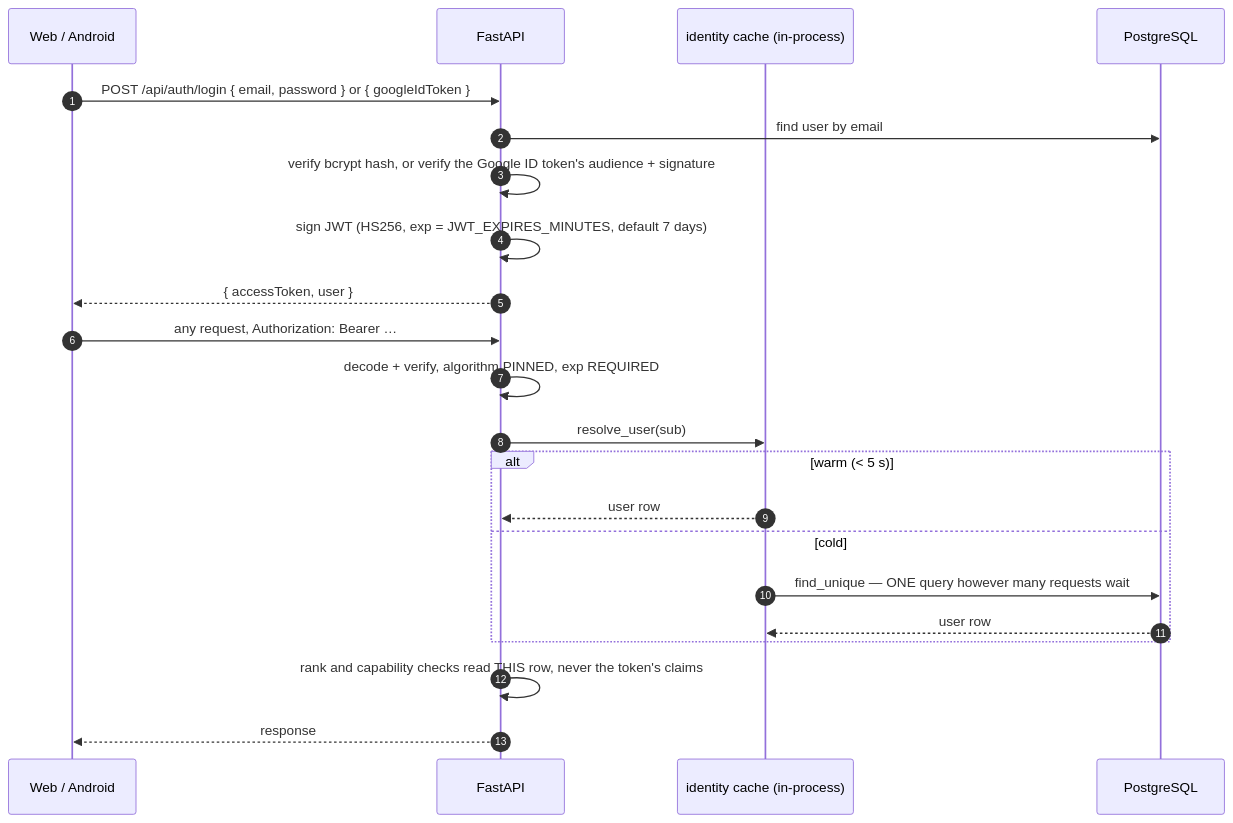
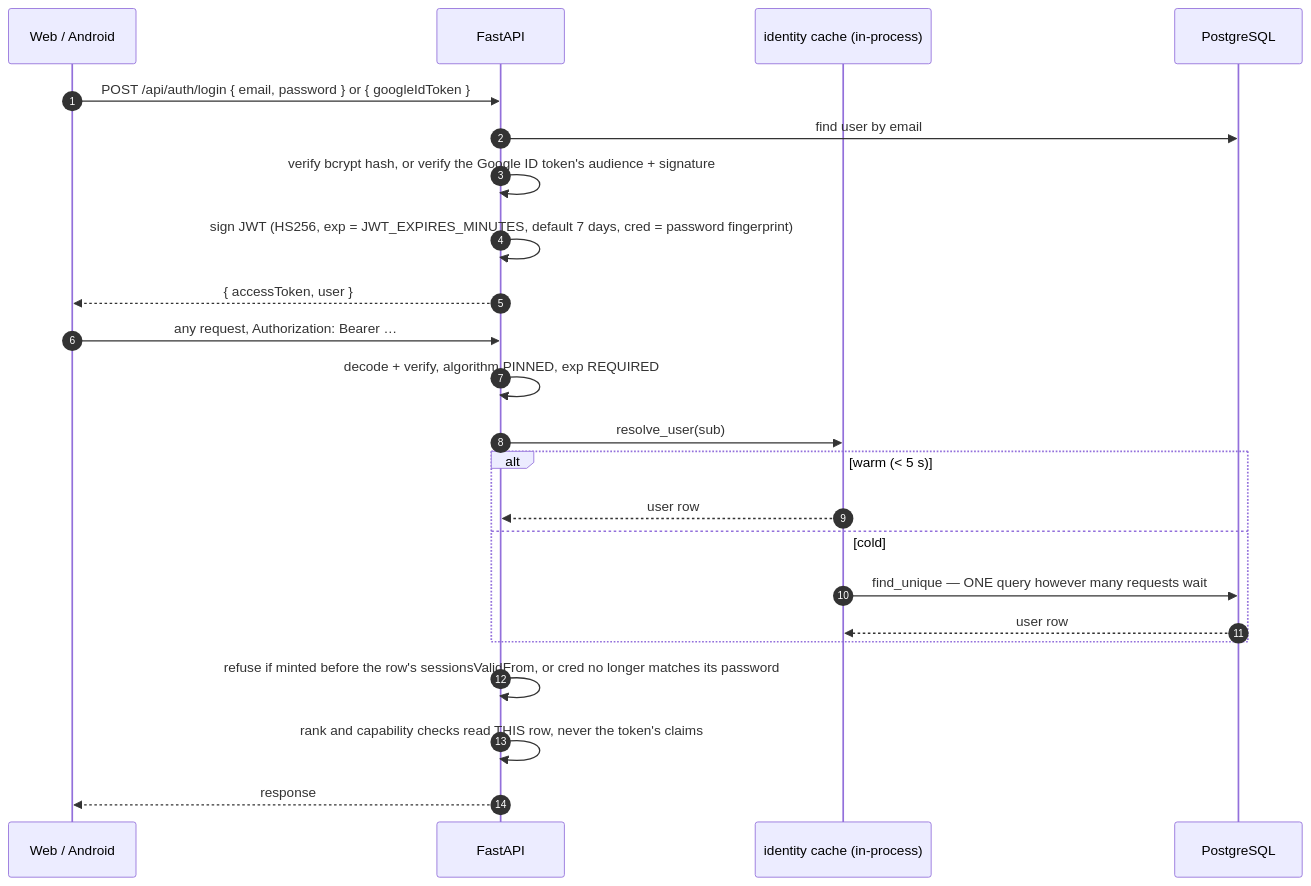
Before and after one commit to cxacraftecosystem-ui/designer-portal: the fifth of 13 diagrams in docs/ARCHITECTURE.md, drawn with Mermaid. The commit also changed other lines of this file and 242 other files, not shown here.

````diff
--- a/docs/ARCHITECTURE.md
+++ b/docs/ARCHITECTURE.md
@@ -252,26 +252,27 @@
 ```mermaid
 sequenceDiagram
   autonumber
   participant C as Web / Android
   participant API as FastAPI
   participant Cache as identity cache (in-process)
   participant DB as PostgreSQL
 
   C->>API: POST /api/auth/login { email, password } or { googleIdToken }
   API->>DB: find user by email
   API->>API: verify bcrypt hash, or verify the Google ID token's audience + signature
-  API->>API: sign JWT (HS256, exp = JWT_EXPIRES_MINUTES, default 7 days)
+  API->>API: sign JWT (HS256, exp = JWT_EXPIRES_MINUTES, default 7 days, cred = password fingerprint)
   API-->>C: { accessToken, user }
 
   C->>API: any request, Authorization: Bearer …
   API->>API: decode + verify, algorithm PINNED, exp REQUIRED
   API->>Cache: resolve_user(sub)
   alt warm (< 5 s)
     Cache-->>API: user row
   else cold
     Cache->>DB: find_unique — ONE query however many requests wait
     DB-->>Cache: user row
   end
+  API->>API: refuse if minted before the row's sessionsValidFrom, or cred no longer matches its password
   API->>API: rank and capability checks read THIS row, never the token's claims
   API-->>C: response
 ```
````
